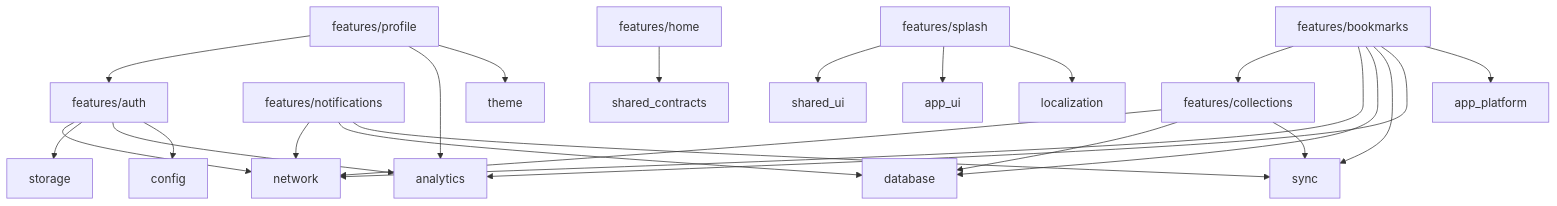
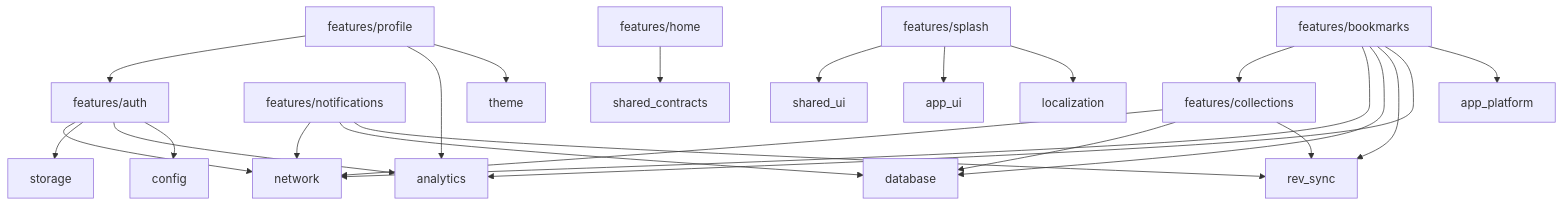
The third of 4 diagrams in README.md (kido-luci/flutter-starter-template), drawn with Mermaid before and after one commit. The commit also changed other lines of this file and 33 other files, not shown here.

````diff
--- a/README.md
+++ b/README.md
@@ -235,21 +235,21 @@
 ```mermaid
 graph TD
   auth["features/auth"]
   splash["features/splash"]
   home["features/home"]
   profile["features/profile"]
   notifications["features/notifications"]
   bookmarks["features/bookmarks"]
   collections["features/collections"]
 
   profile --> auth
   bookmarks --> collections
 
   auth --> network & storage & analytics & config
-  bookmarks --> network & database & sync & analytics & app_platform
-  collections --> network & database & sync
-  notifications --> network & database & sync
+  bookmarks --> network & database & rev_sync & analytics & app_platform
+  collections --> network & database & rev_sync
+  notifications --> network & database & rev_sync
   home --> shared_contracts
   profile --> analytics & theme
   splash --> shared_ui & app_ui & localization
 ```
````
